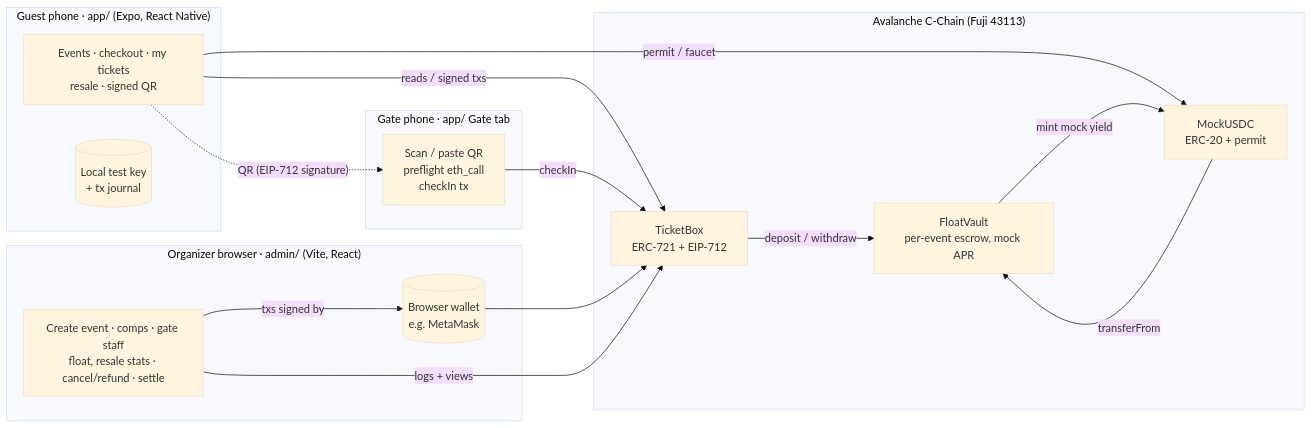
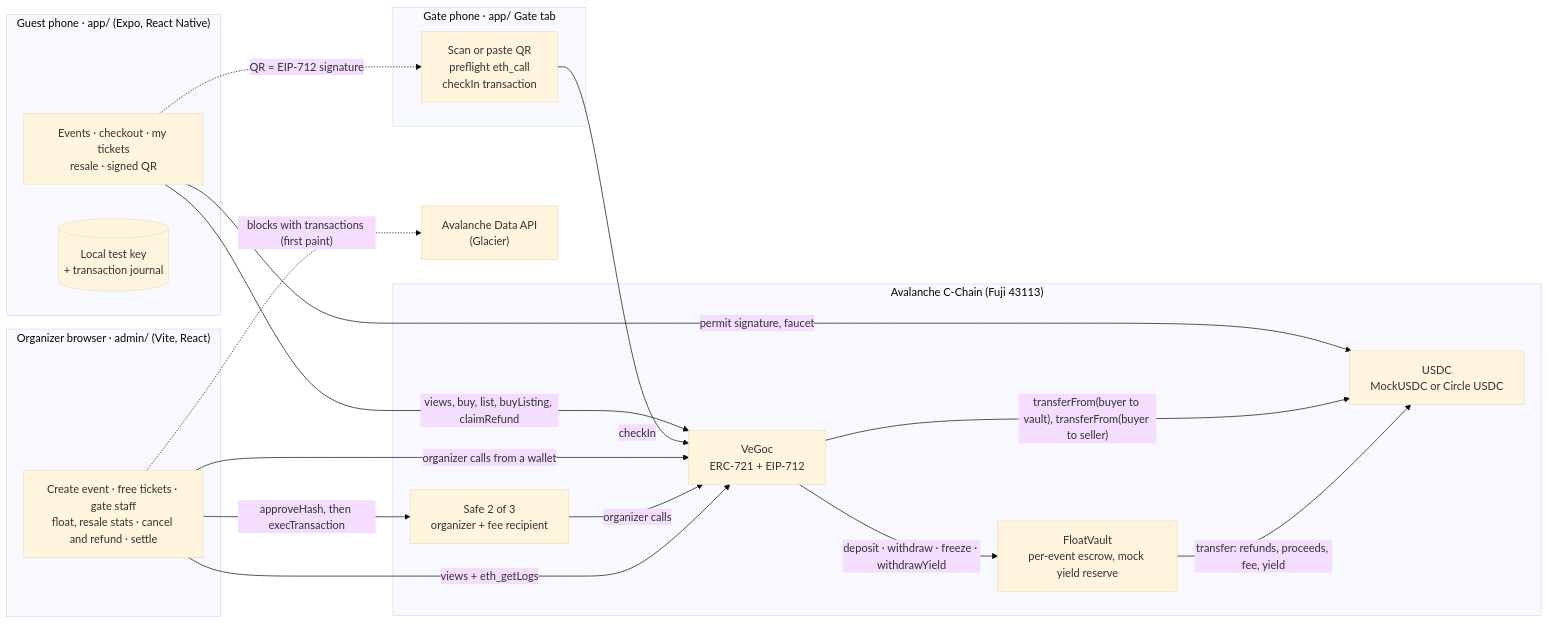
Before and after one commit to buiPhongGiang/ticketing: the first of 7 diagrams in docs/ARCHITECTURE.md, drawn with Mermaid (base theme). The commit also changed other lines of this file and 8 other files, not shown here.

First line of the commit message:
docs: README, architecture and demo beats for the VeGoc deployment; Fuji media

````diff
--- a/docs/ARCHITECTURE.md
+++ b/docs/ARCHITECTURE.md
@@ -7,29 +7,32 @@
 ```mermaid
 flowchart LR
   subgraph Guest["Guest phone · app/ (Expo, React Native)"]
-    GA[Events · checkout · my tickets<br/>resale · signed QR]
-    GW[(Local test key<br/>+ tx journal)]
+    GA["Events · checkout · my tickets<br/>resale · signed QR"]
+    GW[("Local test key<br/>+ transaction journal")]
   end
   subgraph Gate["Gate phone · app/ Gate tab"]
-    GS[Scan / paste QR<br/>preflight eth_call<br/>checkIn tx]
+    GS["Scan or paste QR<br/>preflight eth_call<br/>checkIn transaction"]
   end
   subgraph Org["Organizer browser · admin/ (Vite, React)"]
-    OC[Create event · comps · gate staff<br/>float, resale stats · cancel/refund · settle]
-    MM[(Browser wallet<br/>e.g. MetaMask)]
+    OC["Create event · free tickets · gate staff<br/>float, resale stats · cancel and refund · settle"]
   end
   subgraph Chain["Avalanche C-Chain (Fuji 43113)"]
-    TB[TicketBox<br/>ERC-721 + EIP-712]
-    FV[FloatVault<br/>per-event escrow, mock APR]
-    USDC[MockUSDC<br/>ERC-20 + permit]
+    TB["VeGoc<br/>ERC-721 + EIP-712"]
+    FV["FloatVault<br/>per-event escrow, mock yield reserve"]
+    USDC["USDC<br/>MockUSDC or Circle USDC"]
+    SAFE["Safe 2 of 3<br/>organizer + fee recipient"]
   end
-  GA -- reads / signed txs --> TB
-  GA -- permit / faucet --> USDC
-  GA -. "QR (EIP-712 signature)" .-> GS
-  GS -- checkIn --> TB
-  OC -- txs signed by --> MM
-  MM --> TB
-  TB -- deposit / withdraw --> FV
-  USDC -- transferFrom --> FV
-  FV -- mint mock yield --> USDC
-  OC -- logs + views --> TB
+  API["Avalanche Data API<br/>(Glacier)"]
+  GA -- "views, buy, list, buyListing, claimRefund" --> TB
+  GA -- "permit signature, faucet" --> USDC
+  GA -. "QR = EIP-712 signature" .-> GS
+  GS -- "checkIn" --> TB
+  OC -- "organizer calls from a wallet" --> TB
+  OC -- "approveHash, then execTransaction" --> SAFE
+  SAFE -- "organizer calls" --> TB
+  TB -- "transferFrom(buyer to vault), transferFrom(buyer to seller)" --> USDC
+  TB -- "deposit · withdraw · freeze · withdrawYield" --> FV
+  FV -- "transfer: refunds, proceeds, fee, yield" --> USDC
+  OC -- "views + eth_getLogs" --> TB
+  OC -. "blocks with transactions (first paint)" .-> API
 ```
````
